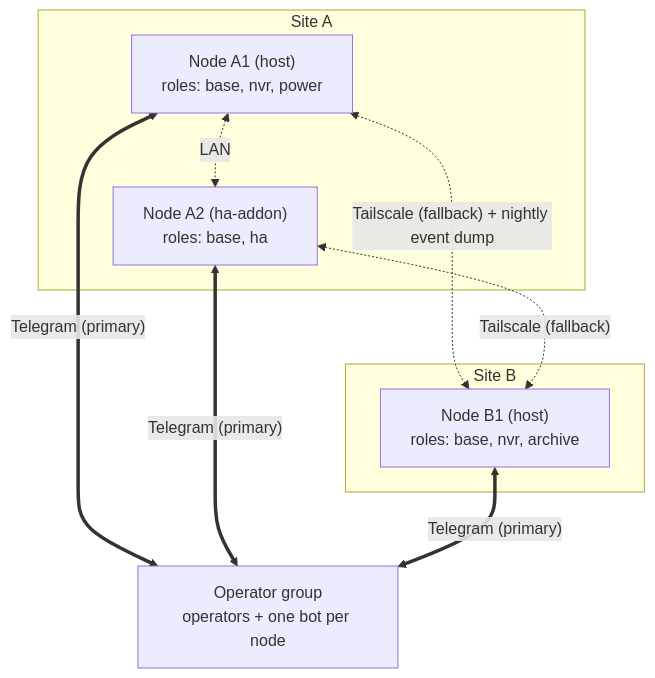
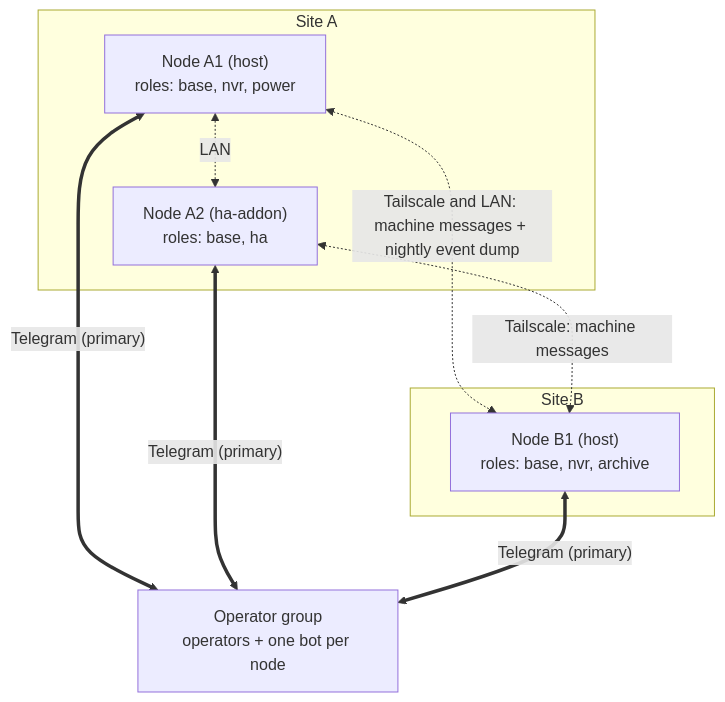
The first of 2 diagrams in docs/design/edge-system.md (realsystem/edge_server), drawn with Mermaid before and after one commit. The commit also changed other lines of this file and 2 other files, not shown here.

````diff
--- a/docs/design/edge-system.md
+++ b/docs/design/edge-system.md
@@ -31,17 +32,17 @@
 ```mermaid
 flowchart TB
   subgraph SA["Site A"]
     A1["Node A1 (host)<br/>roles: base, nvr, power"]
     A2["Node A2 (ha-addon)<br/>roles: base, ha"]
     A1 <-. LAN .-> A2
   end
   subgraph SB["Site B"]
     B1["Node B1 (host)<br/>roles: base, nvr, archive"]
   end
   G["Operator group<br/>operators + one bot per node"]
-  A1 <-. "Tailscale (fallback) + nightly event dump" .-> B1
-  A2 <-. "Tailscale (fallback)" .-> B1
+  A1 <-. "Tailscale and LAN: machine messages + nightly event dump" .-> B1
+  A2 <-. "Tailscale: machine messages" .-> B1
   A1 <== "Telegram (primary)" ==> G
   A2 <== "Telegram (primary)" ==> G
   B1 <== "Telegram (primary)" ==> G
 ```
````
